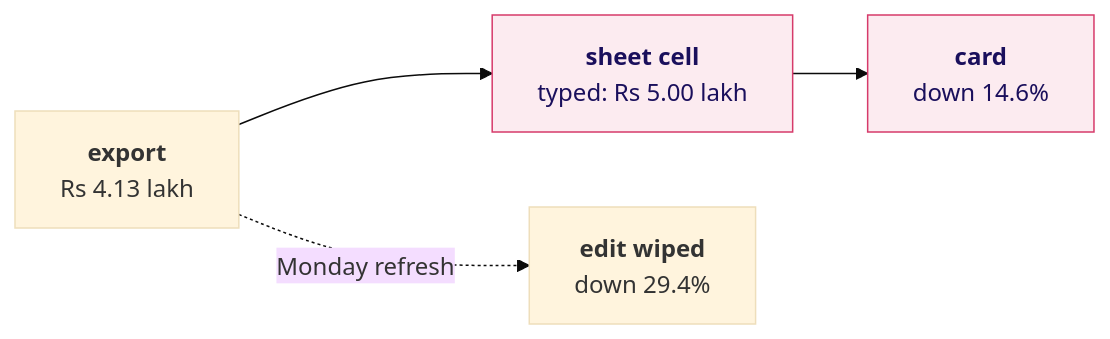
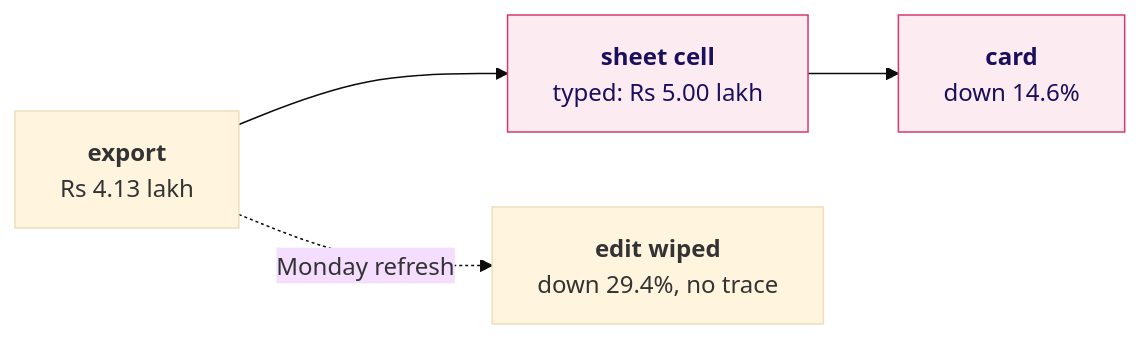
The eighth of 12 diagrams in content/W02/D5/slides/C2_W02_D05_half2_STUDENT.md (fde-academy-lab/c2-content-factory), drawn with Mermaid (base theme) before and after one commit. The commit also changed other lines of this file and 5 other files, not shown here.

````diff
--- a/content/W02/D5/slides/C2_W02_D05_half2_STUDENT.md
+++ b/content/W02/D5/slides/C2_W02_D05_half2_STUDENT.md
@@ -178,8 +474,8 @@
 ```mermaid
 flowchart LR
     E["<b>export</b><br/>Rs 4.13 lakh"] --> S["<b>sheet cell</b><br/>typed: Rs 5.00 lakh"]
     S --> C["<b>card</b><br/>down 14.6%"]
-    E -.->|"Monday refresh"| W["<b>edit wiped</b><br/>down 29.4%"]
+    E -.->|"Monday refresh"| W["<b>edit wiped</b><br/>down 29.4%, no trace"]
     classDef bad fill:#FCEBF0,stroke:#D63A6A,color:#1A0F5C
     class S,C bad
 ```
````
